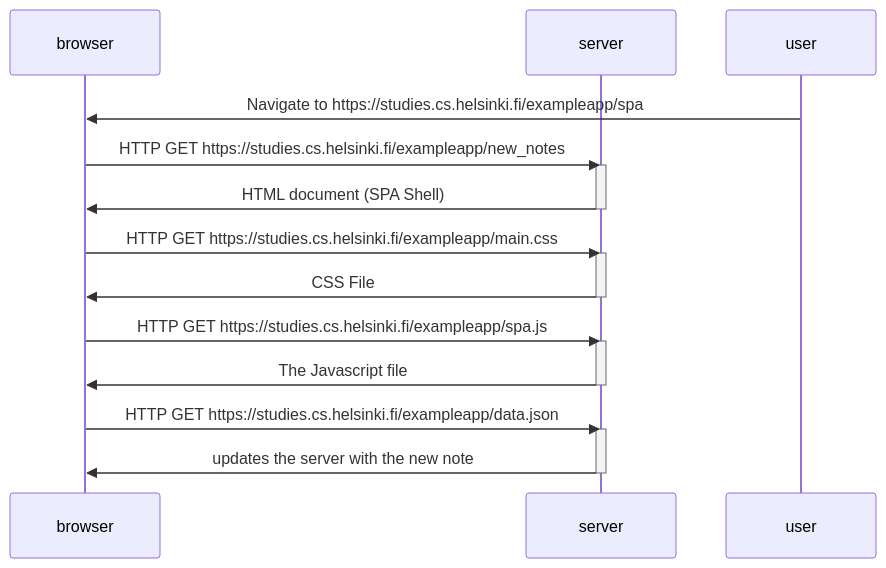
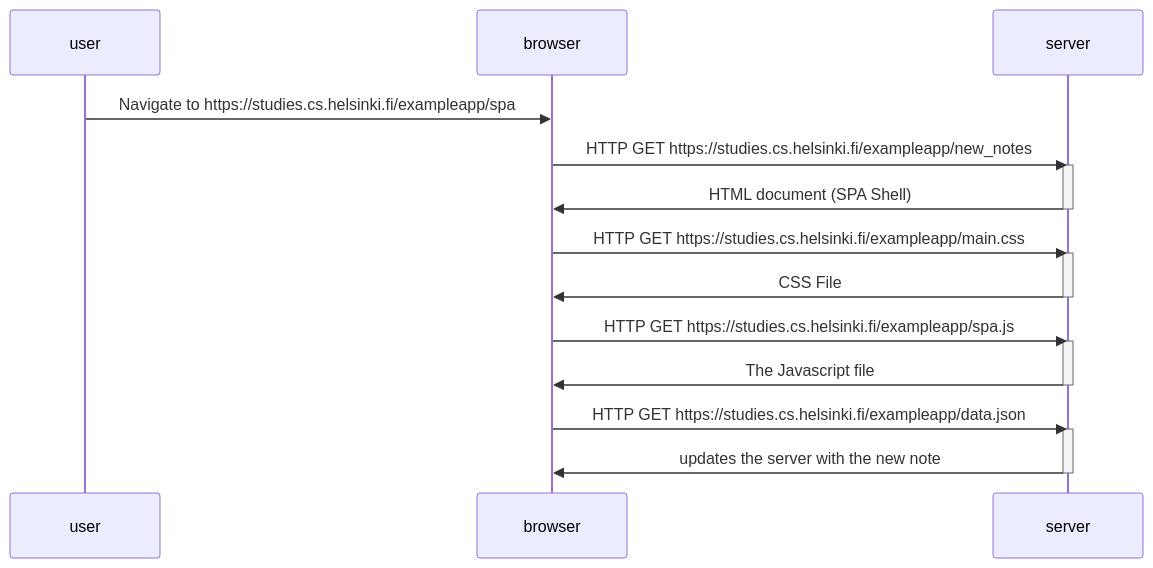
One commit to ii2Chris/FS-Course changed the diagram in part 0/0.5: Single page app diagram.md. Above: the diagram before and after it, drawn with Mermaid. The commit also changed other lines of this file, not shown here.

Commit message:
Update 0.5: Single page app diagram.md

````diff
--- a/part 0/0.5: Single page app diagram.md
+++ b/part 0/0.5: Single page app diagram.md
@@ -8,28 +8,28 @@
 ```mermaid
 sequenceDiagram
+    participant user
     participant browser
     participant server
-    participant user
 
     user->>browser: Navigate to https://studies.cs.helsinki.fi/exampleapp/spa
     browser->>server: HTTP GET https://studies.cs.helsinki.fi/exampleapp/new_notes
     activate server
     server->>browser: HTML document (SPA Shell)
     deactivate server
 
     browser->>server: HTTP GET https://studies.cs.helsinki.fi/exampleapp/main.css
     activate server
     server->>browser: CSS File
     deactivate server
 
     browser->>server: HTTP GET https://studies.cs.helsinki.fi/exampleapp/spa.js
     activate server
     server->>browser: The Javascript file
     deactivate server
 
     browser->>server: HTTP GET https://studies.cs.helsinki.fi/exampleapp/data.json
     activate server
     server->>browser: updates the server with the new note
     deactivate server
 
 ```
````
